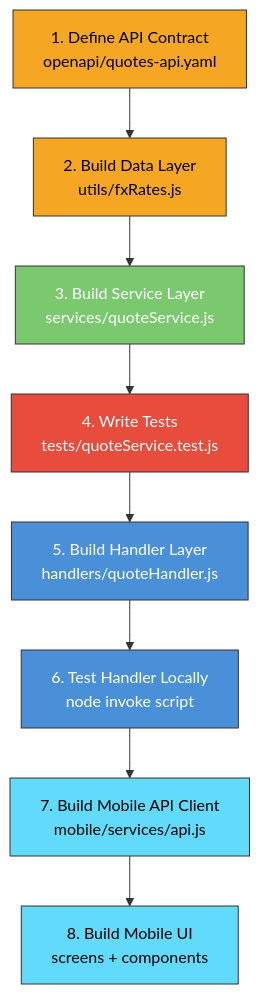
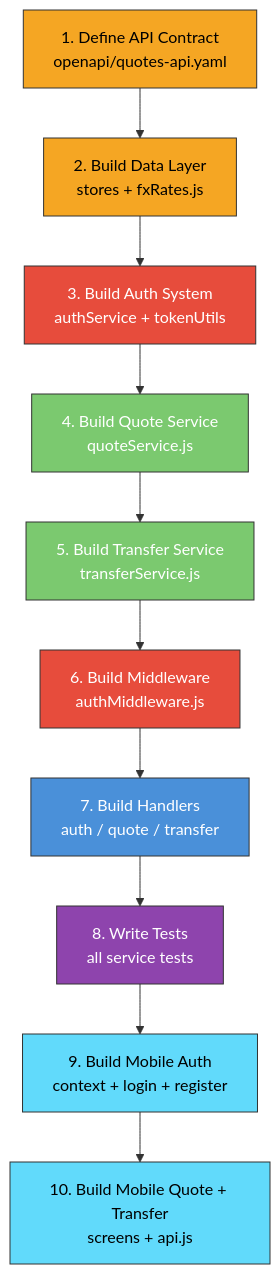
Diagram 21 of 21 in LEARNING_GUIDE.md (AzizSouissi/fx-quote-service), drawn with Mermaid before and after one commit. The commit also changed other lines of this file, not shown here.

````diff
--- a/LEARNING_GUIDE.md
+++ b/LEARNING_GUIDE.md
@@ -936,19 +1358,23 @@
 ```mermaid
 graph TD
-    A[1. Define API Contract<br/>openapi/quotes-api.yaml] --> B[2. Build Data Layer<br/>utils/fxRates.js]
-    B --> C[3. Build Service Layer<br/>services/quoteService.js]
-    C --> D[4. Write Tests<br/>tests/quoteService.test.js]
-    D --> E[5. Build Handler Layer<br/>handlers/quoteHandler.js]
-    E --> F[6. Test Handler Locally<br/>node invoke script]
-    F --> G[7. Build Mobile API Client<br/>mobile/services/api.js]
-    G --> H[8. Build Mobile UI<br/>screens + components]
+    A[1. Define API Contract<br/>openapi/quotes-api.yaml] --> B[2. Build Data Layer<br/>stores + fxRates.js]
+    B --> C[3. Build Auth System<br/>authService + tokenUtils]
+    C --> D[4. Build Quote Service<br/>quoteService.js]
+    D --> E[5. Build Transfer Service<br/>transferService.js]
+    E --> F[6. Build Middleware<br/>authMiddleware.js]
+    F --> G[7. Build Handlers<br/>auth / quote / transfer]
+    G --> H[8. Write Tests<br/>all service tests]
+    H --> I[9. Build Mobile Auth<br/>context + login + register]
+    I --> J[10. Build Mobile Quote + Transfer<br/>screens + api.js]
 
     style A fill:#f5a623,stroke:#333,color:#000
     style B fill:#f5a623,stroke:#333,color:#000
-    style C fill:#7bc96f,stroke:#333,color:#fff
-    style D fill:#e74c3c,stroke:#333,color:#fff
-    style E fill:#4a90d9,stroke:#333,color:#fff
-    style F fill:#4a90d9,stroke:#333,color:#fff
-    style G fill:#61dafb,stroke:#333,color:#000
-    style H fill:#61dafb,stroke:#333,color:#000
+    style C fill:#e74c3c,stroke:#333,color:#fff
+    style D fill:#7bc96f,stroke:#333,color:#fff
+    style E fill:#7bc96f,stroke:#333,color:#fff
+    style F fill:#e74c3c,stroke:#333,color:#fff
+    style G fill:#4a90d9,stroke:#333,color:#fff
+    style H fill:#8e44ad,stroke:#333,color:#fff
+    style I fill:#61dafb,stroke:#333,color:#000
+    style J fill:#61dafb,stroke:#333,color:#000
 ```
````
